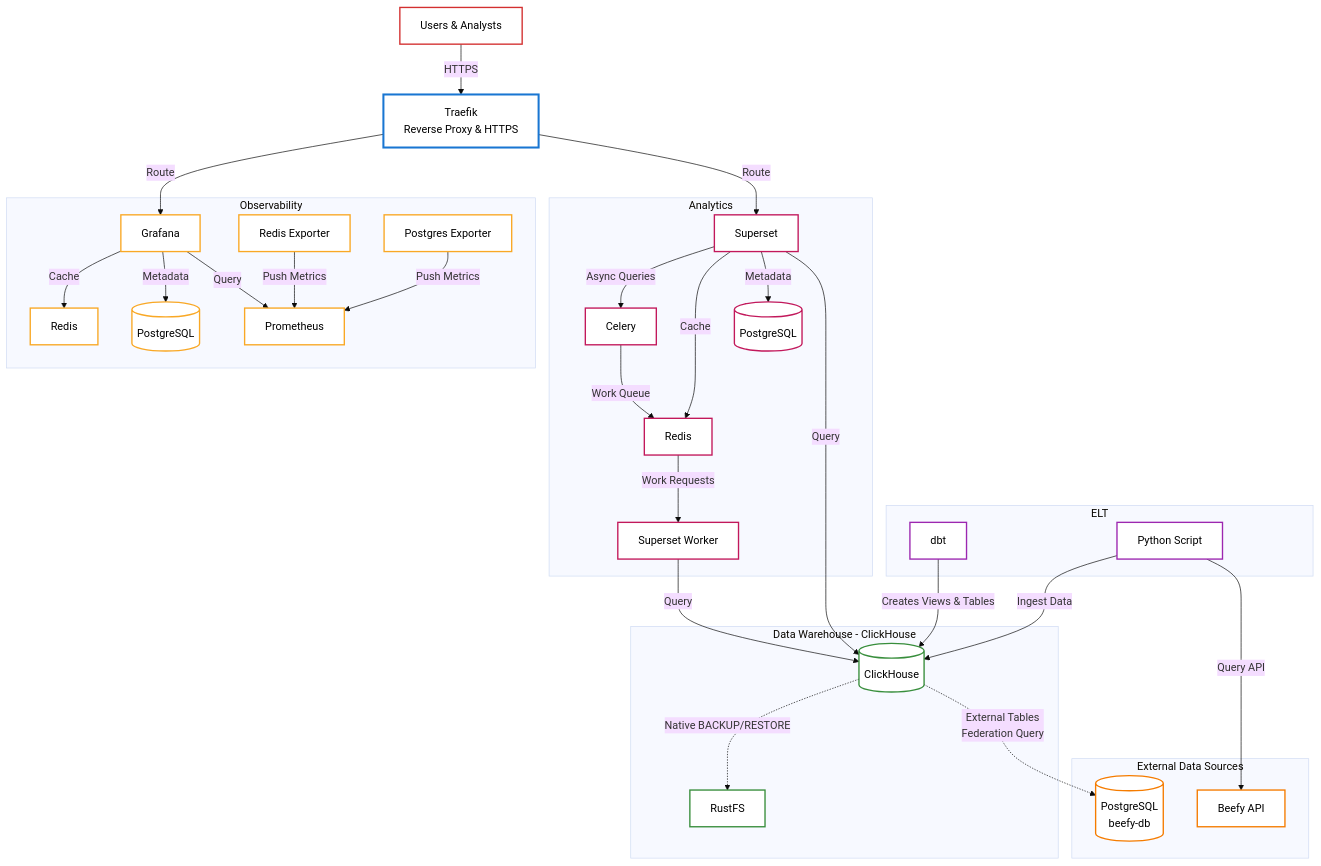
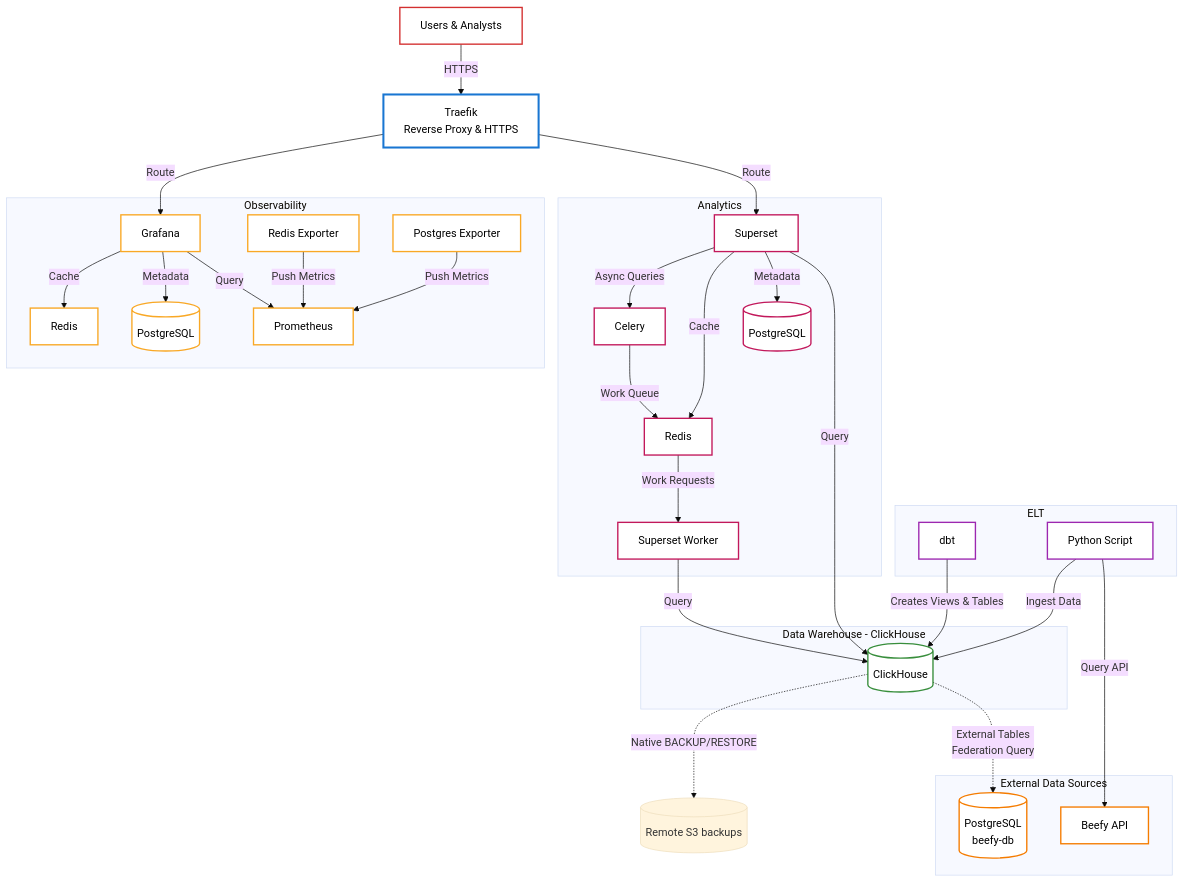
One commit to beefyfinance/beefy-databarn changed the first of 2 diagrams in README.md. Above: the diagram before and after it, drawn with Mermaid (base theme). The commit also changed other lines of this file and 10 other files, not shown here.

```diff
--- a/README.md
+++ b/README.md
@@ -42,7 +42,6 @@
     %% Data Warehouse
     subgraph DW["Data Warehouse - ClickHouse"]
         CH[(ClickHouse)]
-        RUSTFS[RustFS]
     end
     
     %% Analytics
@@ -69,7 +68,7 @@
     
     %% External Data Flow
     CH -.->|External Tables<br/>Federation Query| BEEFY_DB
-    CH -.->|Native BACKUP/RESTORE| RUSTFS
+    CH -.->|Native BACKUP/RESTORE| BACKUP_S3[(Remote S3 backups)]
     PYTHON -->|Query API| BEEFY_API
     PYTHON -->|Ingest Data| CH
     
@@ -109,7 +108,7 @@
     class TR gateway
     class BEEFY_DB,BEEFY_API external
     class PYTHON,DBT elt
-    class CH,RUSTFS warehouse
+    class CH warehouse
     class SUP,SUP_W,CELERY,PG,REDIS_A analytics
     class PROM,GRAF,PG_OBS,REDIS_OBS,REDIS_C,PG_C observability
     class USR user
```
